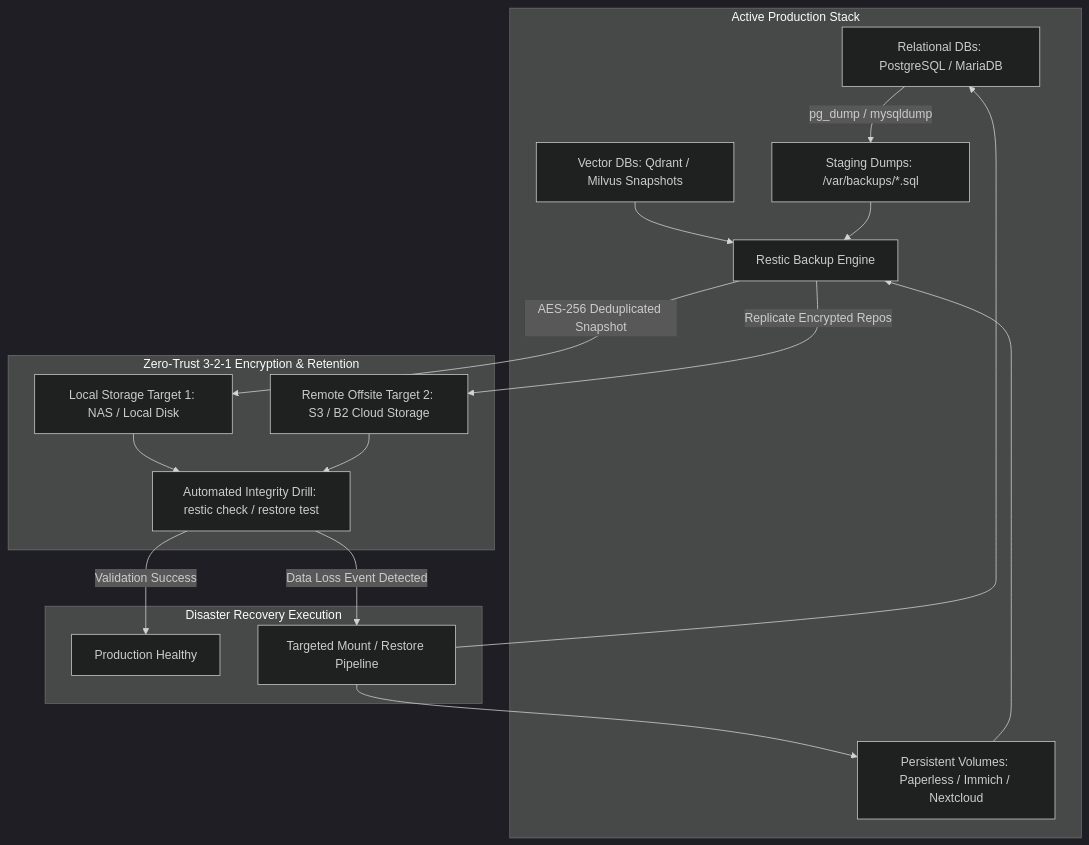
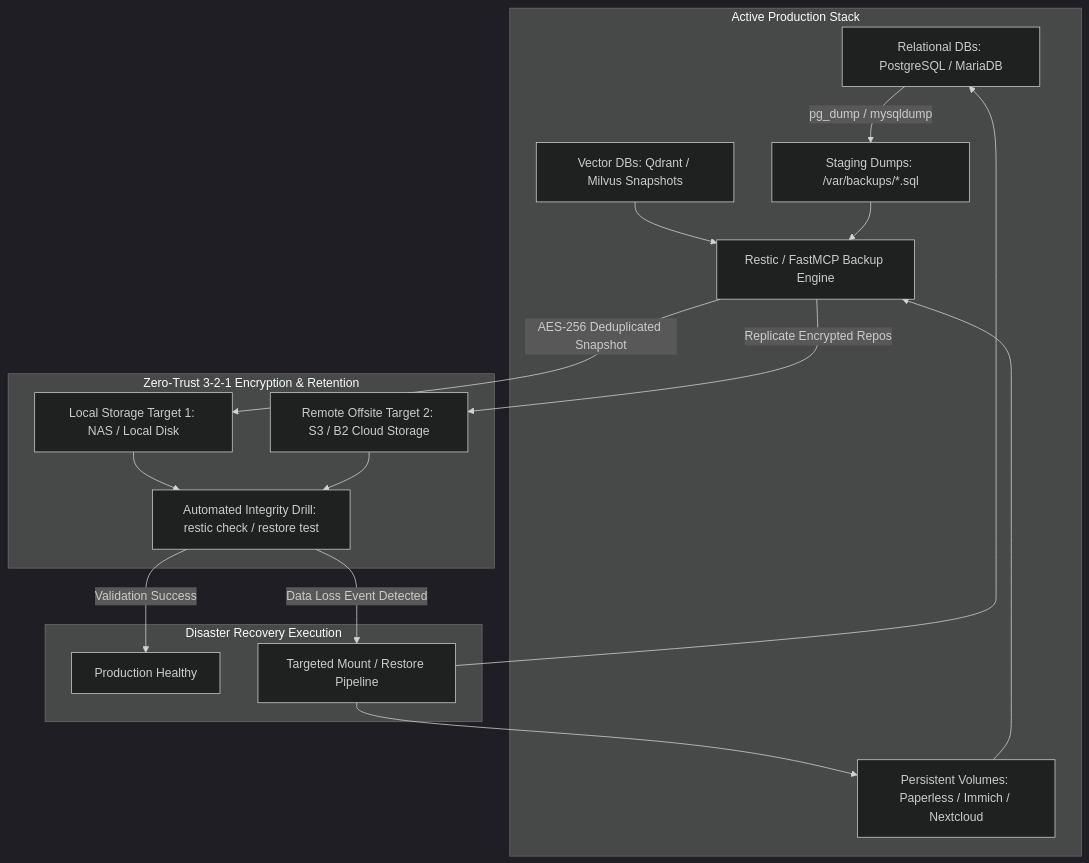
Before and after one commit to joanmarcriera/Home-office-automations: the diagram in docs/playbooks/backup-disaster-recovery.md, drawn with Mermaid (dark theme). The commit also changed other lines of this file and 6 other files, not shown here.

````diff
--- a/docs/playbooks/backup-disaster-recovery.md
+++ b/docs/playbooks/backup-disaster-recovery.md
@@ -18,23 +18,23 @@
 ```mermaid
 flowchart TD
     subgraph Active Production Stack
         A[Relational DBs: PostgreSQL / MariaDB] -->|pg_dump / mysqldump| B[Staging Dumps: /var/backups/*.sql]
-        C[Persistent Volumes: Paperless / Immich / Nextcloud] --> D[Restic Backup Engine]
+        C[Persistent Volumes: Paperless / Immich / Nextcloud] --> D[Restic / FastMCP Backup Engine]
         E[Vector DBs: Qdrant / Milvus Snapshots] --> D
         B --> D
     end
 
     subgraph Zero-Trust 3-2-1 Encryption & Retention
         D -->|AES-256 Deduplicated Snapshot| F[Local Storage Target 1: NAS / Local Disk]
         D -->|Replicate Encrypted Repos| G[Remote Offsite Target 2: S3 / B2 Cloud Storage]
         F --> H[Automated Integrity Drill: restic check / restore test]
         G --> H
     end
 
     subgraph Disaster Recovery Execution
         H -->|Validation Success| I[Production Healthy]
         H -->|Data Loss Event Detected| J[Targeted Mount / Restore Pipeline]
         J --> C
         J --> A
     end
 ```
````
